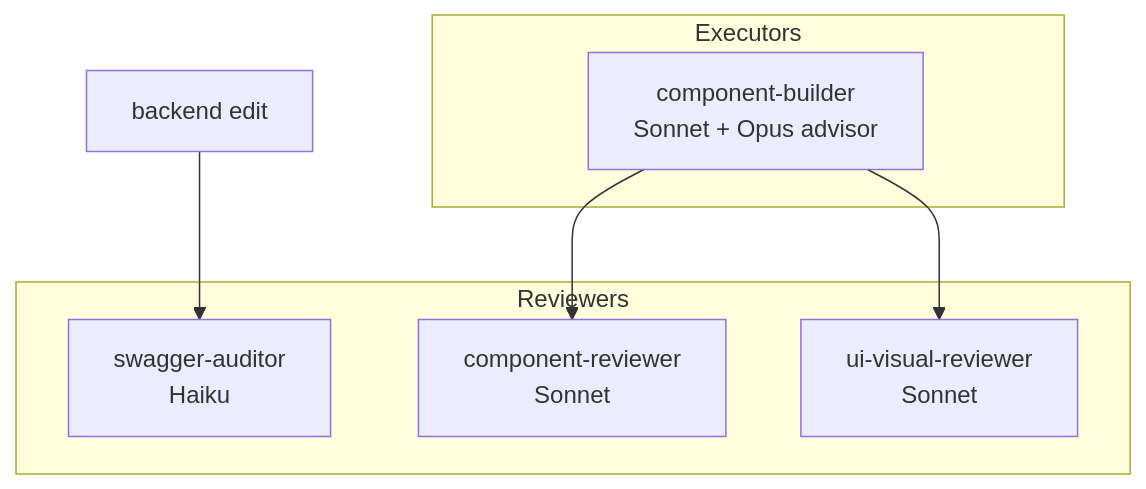
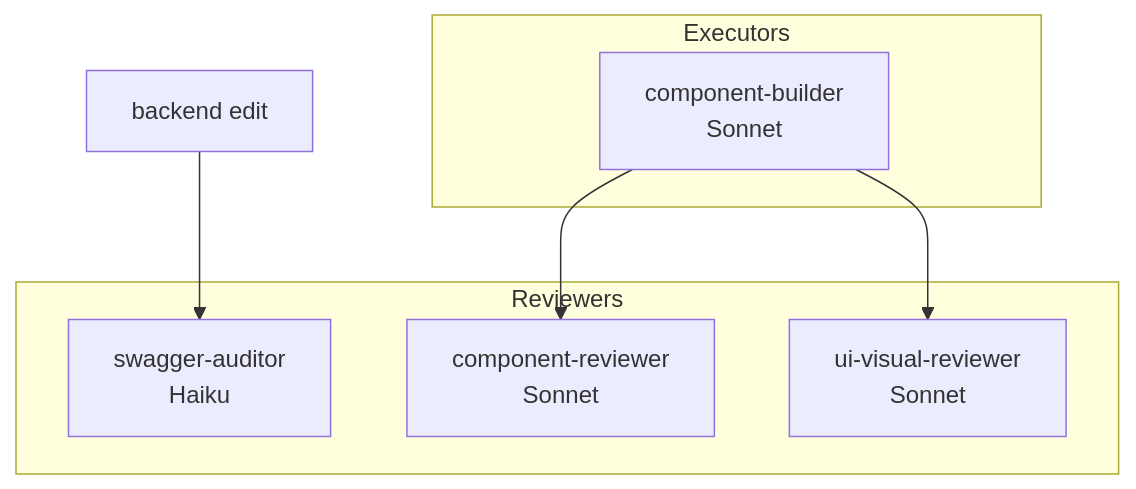
The second of 7 diagrams in AGENTS.md (AixleHQ/insights), drawn with Mermaid before and after one commit. The commit also changed other lines of this file and 4 other files, not shown here.

````diff
--- a/AGENTS.md
+++ b/AGENTS.md
@@ -115,15 +99,15 @@
 ```mermaid
 flowchart TB
     subgraph Executors
-      CB[component-builder\nSonnet + Opus advisor]
+      CB[component-builder\nSonnet]
     end
     subgraph Reviewers
       SA[swagger-auditor\nHaiku]
       CR[component-reviewer\nSonnet]
       VC[ui-visual-reviewer\nSonnet]
     end
 
     CB --> CR
     CB --> VC
     API[backend edit] --> SA
 ```
````
